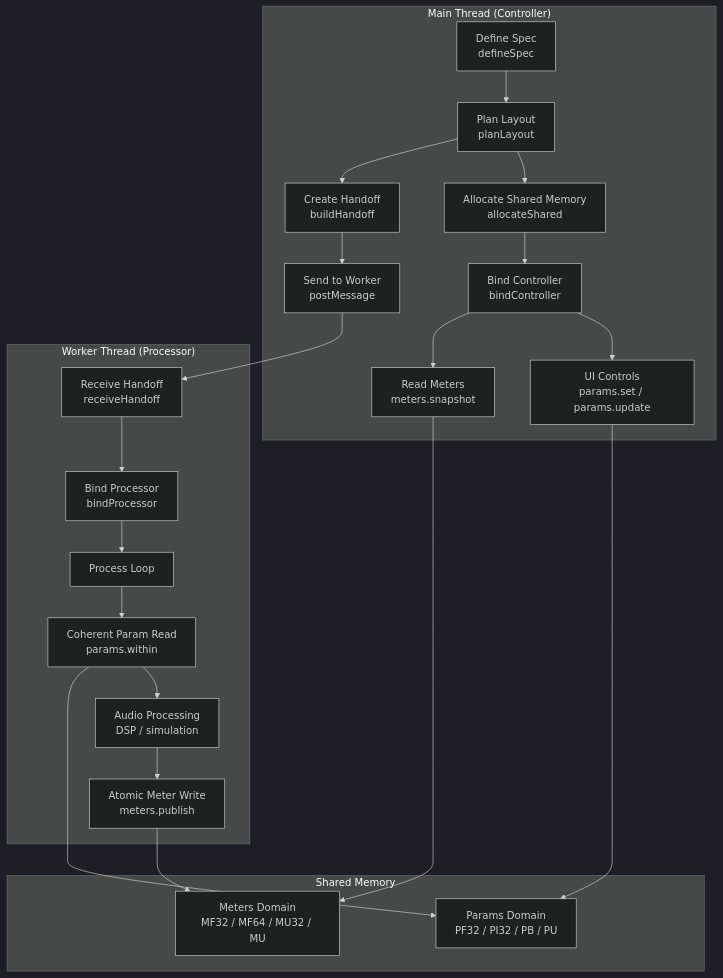
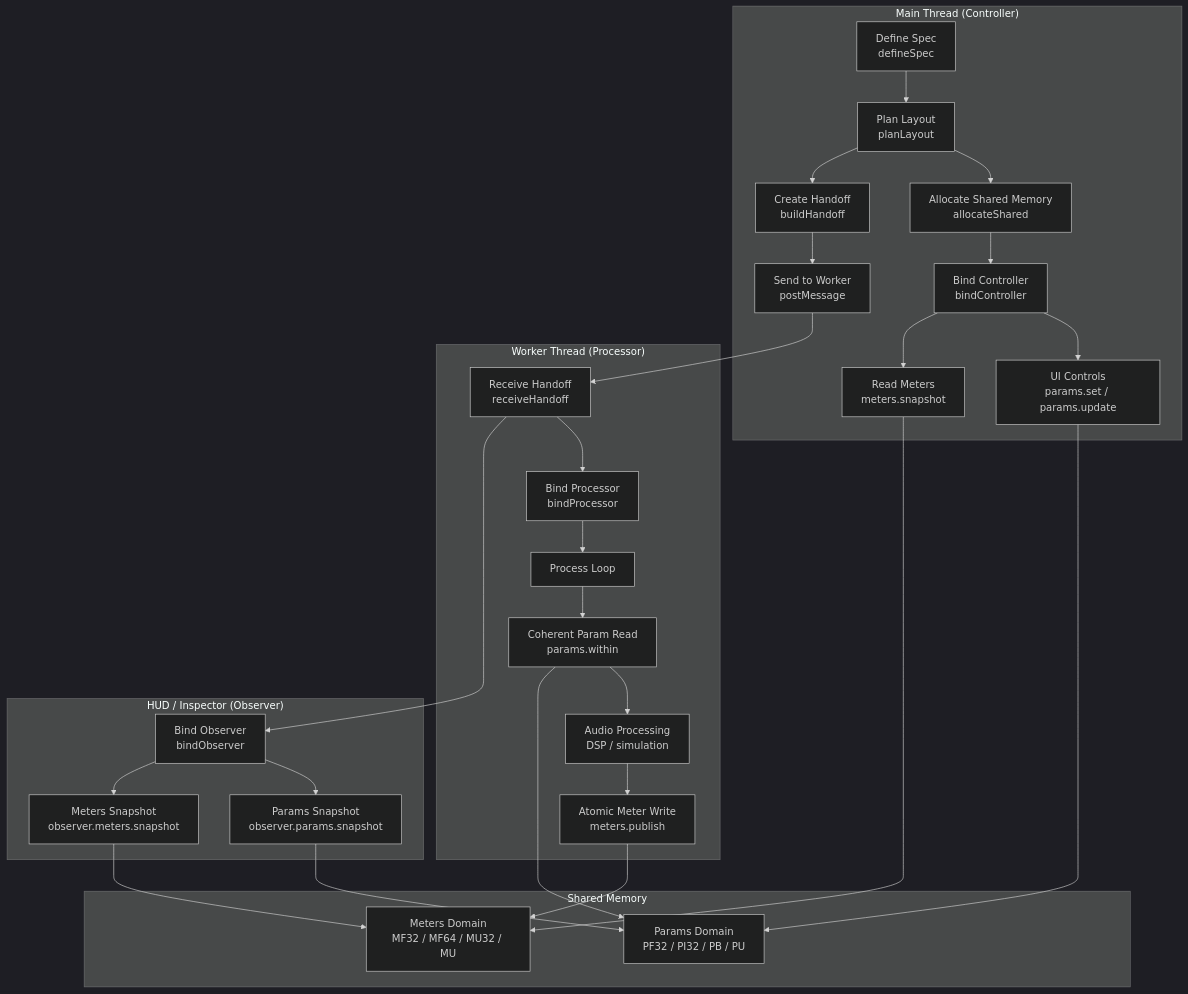
The first of 6 diagrams in packages/core/docs/architecture/16-seqlok-e2e-flow-visual-guide.md (maikeleckelboom/seqlok-lab), drawn with Mermaid (dark theme) before and after one commit. The commit also changed other lines of this file and 20 other files, not shown here.

Commit message:
docs(architecture): document error system split and planning flow

````diff
--- a/packages/core/docs/architecture/16-seqlok-e2e-flow-visual-guide.md
+++ b/packages/core/docs/architecture/16-seqlok-e2e-flow-visual-guide.md
@@ -23,31 +23,39 @@
 ```mermaid
 graph TB
   subgraph "Main Thread (Controller)"
     A[Define Spec<br/>defineSpec] --> B[Plan Layout<br/>planLayout]
     B --> C[Allocate Shared Memory<br/>allocateShared]
     C --> D[Bind Controller<br/>bindController]
     B --> E[Create Handoff<br/>buildHandoff]
     E --> F[Send to Worker<br/>postMessage]
     D --> G[UI Controls<br/>params.set / params.update]
     D --> H[Read Meters<br/>meters.snapshot]
   end
 
   subgraph "Worker Thread (Processor)"
     F --> I[Receive Handoff<br/>receiveHandoff]
     I --> K[Bind Processor<br/>bindProcessor]
     K --> L[Process Loop]
     L --> M[Coherent Param Read<br/>params.within]
     M --> N[Audio Processing<br/>DSP / simulation]
     N --> O[Atomic Meter Write<br/>meters.publish]
   end
 
+  subgraph "HUD / Inspector (Observer)"
+    I --> OBS[Bind Observer<br/>bindObserver]
+    OBS --> OParams[Params Snapshot<br/>observer.params.snapshot]
+    OBS --> OMeters[Meters Snapshot<br/>observer.meters.snapshot]
+  end
+
   subgraph "Shared Memory"
     P[Params Domain<br/>PF32 / PI32 / PB / PU]
     Q[Meters Domain<br/>MF32 / MF64 / MU32 / MU]
   end
 
   G --> P
   M --> P
   O --> Q
   H --> Q
+  OParams --> P
+  OMeters --> Q
 ```
````
